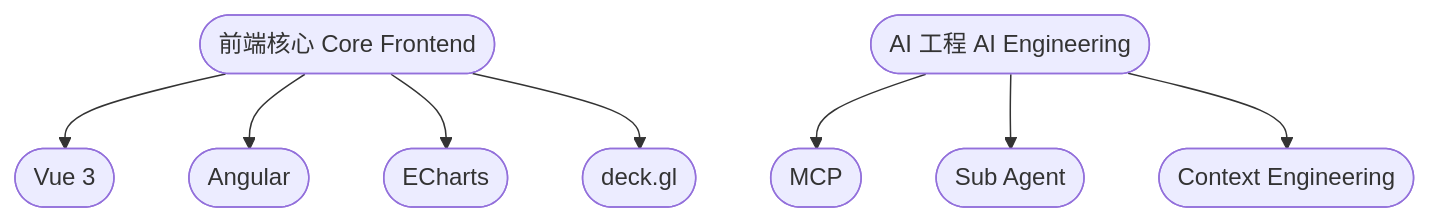
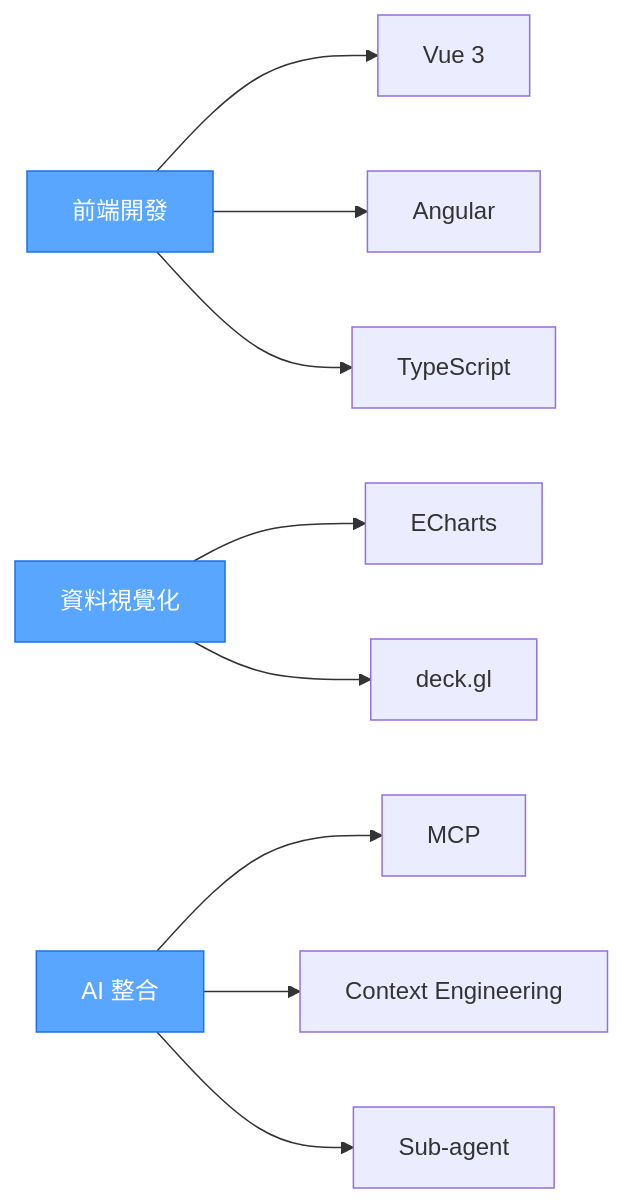
One commit to Yang-tzu-yi/Yang-tzu-yi changed the diagram in README.md. Above: the diagram before and after it, drawn with Mermaid. The commit also changed other lines of this file, not shown here.

````diff
--- a/README.md
+++ b/README.md
@@ -50,10 +61,17 @@
 ```mermaid
-graph TD
-  A([前端核心 Core Frontend]) --> B([Vue 3])
-  A --> C([Angular])
-  A --> D([ECharts])
-  A --> E([deck.gl])
-  F([AI 工程 AI Engineering]) --> G([MCP])
-  F --> H([Sub Agent])
-  F --> I([Context Engineering])
+graph LR
+    A[前端開發] --> B[Vue 3]
+    A --> C[Angular]
+    A --> D[TypeScript]
+    
+    E[資料視覺化] --> F[ECharts]
+    E --> G[deck.gl]
+    
+    H[AI 整合] --> I[MCP]
+    H --> J[Context Engineering]
+    H --> K[Sub-agent]
+    
+    style A fill:#58A6FF,stroke:#1F6FEB,color:#fff
+    style E fill:#58A6FF,stroke:#1F6FEB,color:#fff
+    style H fill:#58A6FF,stroke:#1F6FEB,color:#fff
 ```
````
